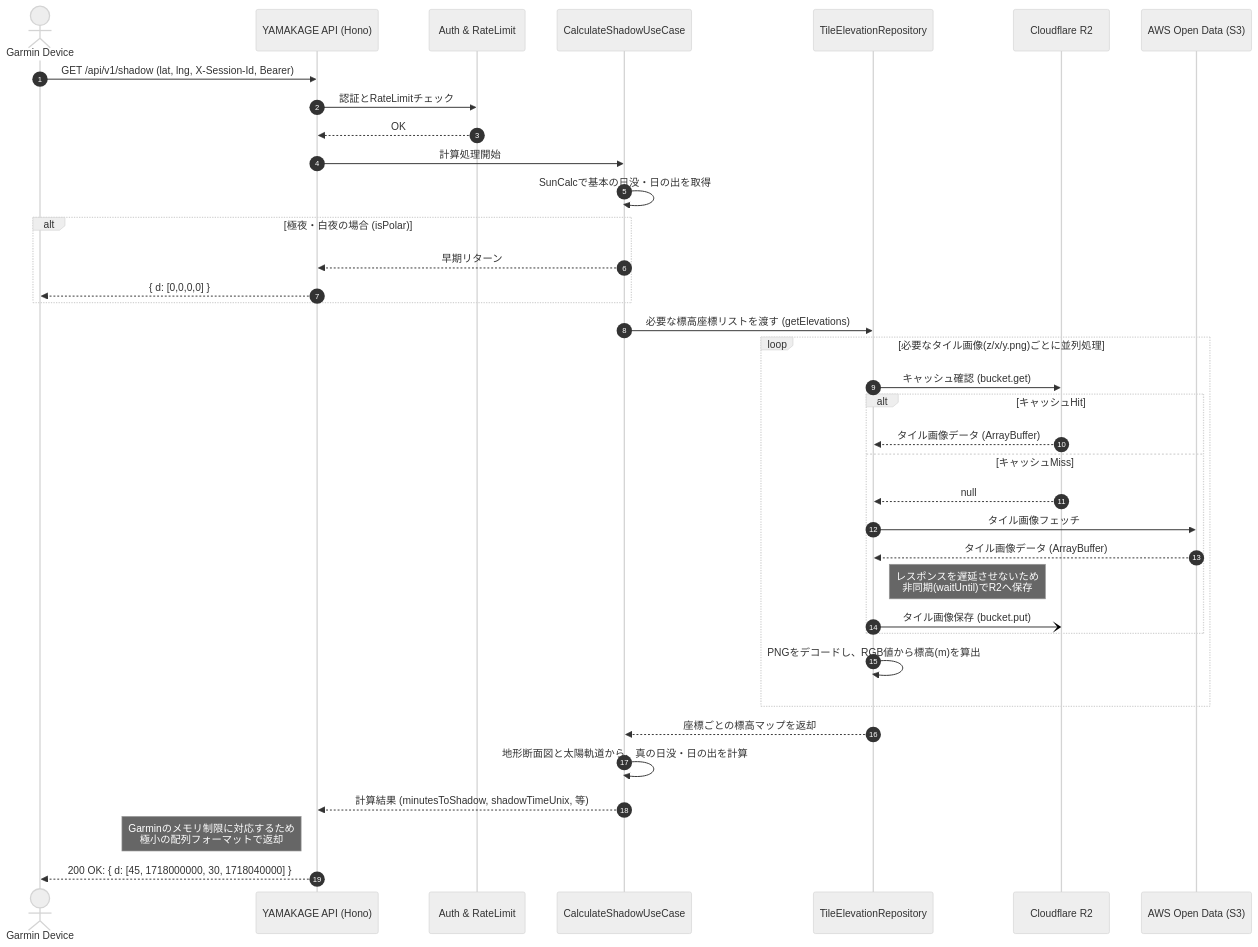
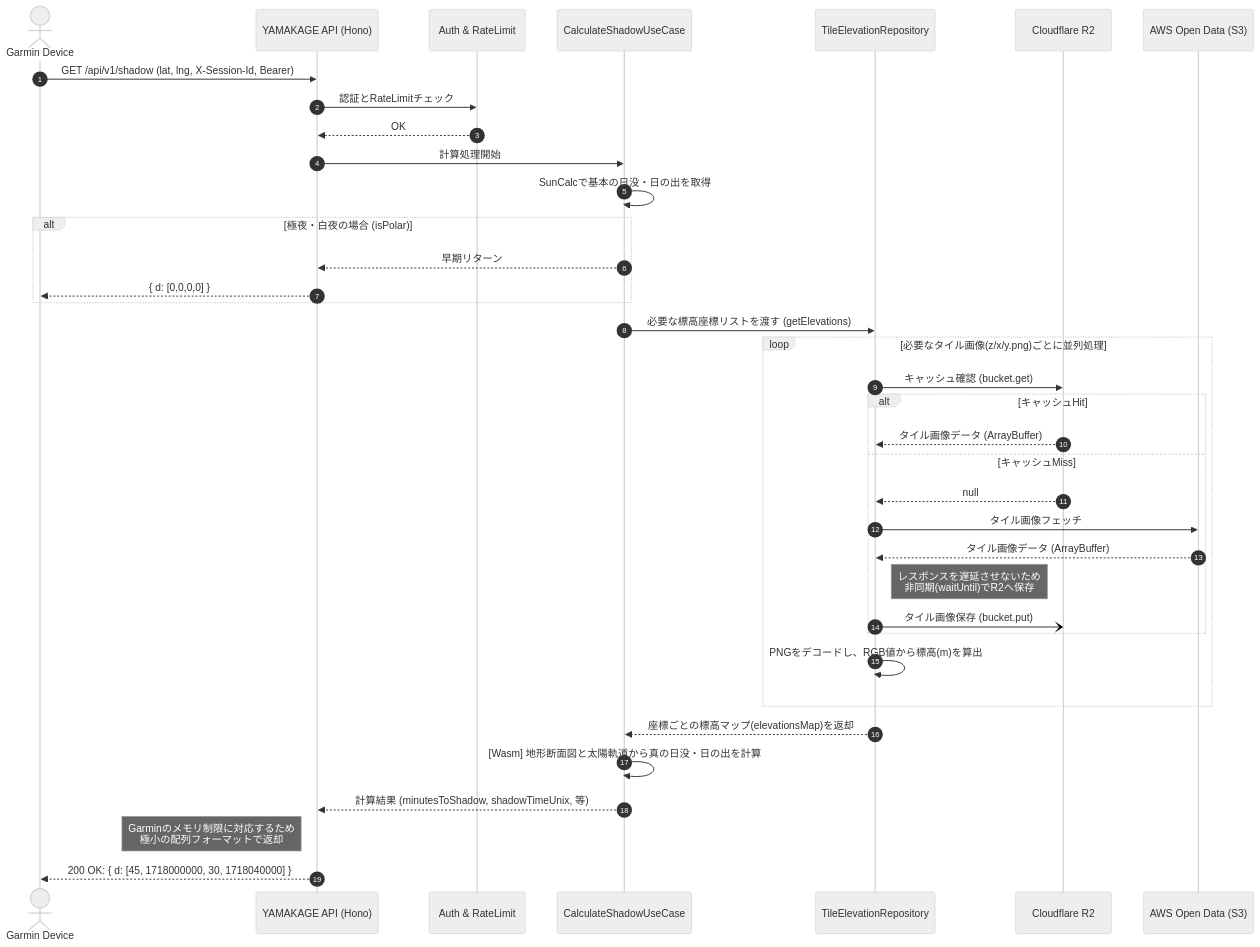
The first of 2 diagrams in docs/architecture/data-flow.jpn.md (tomopumipumi/yamakage), drawn with Mermaid (neutral theme) before and after one commit. The commit also changed other lines of this file and 7 other files, not shown here.

````diff
--- a/docs/architecture/data-flow.jpn.md
+++ b/docs/architecture/data-flow.jpn.md
@@ -4,51 +4,52 @@
 ```mermaid
 sequenceDiagram
     autonumber
     
     actor Garmin as Garmin Device
     participant API as YAMAKAGE API (Hono)
     participant Auth as Auth & RateLimit
     participant Usecase as CalculateShadowUseCase
     participant Repo as TileElevationRepository
     participant R2 as Cloudflare R2
     participant AWS as AWS Open Data (S3)
 
     Garmin->>API: GET /api/v1/shadow (lat, lng, X-Session-Id, Bearer)
     
     API->>Auth: 認証とRateLimitチェック
     Auth-->>API: OK
     
     API->>Usecase: 計算処理開始
     
     Usecase->>Usecase: SunCalcで基本の日没・日の出を取得
     alt 極夜・白夜の場合 (isPolar)
         Usecase-->>API: 早期リターン
         API-->>Garmin: { d: [0,0,0,0] }
     end
     
     Usecase->>Repo: 必要な標高座標リストを渡す (getElevations)
     
     loop 必要なタイル画像(z/x/y.png)ごとに並列処理
         Repo->>R2: キャッシュ確認 (bucket.get)
         alt キャッシュHit
             R2-->>Repo: タイル画像データ (ArrayBuffer)
         else キャッシュMiss
             R2-->>Repo: null
             Repo->>AWS: タイル画像フェッチ
             AWS-->>Repo: タイル画像データ (ArrayBuffer)
             
             note right of Repo: レスポンスを遅延させないため<br>非同期(waitUntil)でR2へ保存
             Repo-)R2: タイル画像保存 (bucket.put)
         end
         Repo->>Repo: PNGをデコードし、RGB値から標高(m)を算出
     end
     
-    Repo-->>Usecase: 座標ごとの標高マップを返却
+    Repo-->>Usecase: 座標ごとの標高マップ(elevationsMap)を返却
     
-    Usecase->>Usecase: 地形断面図と太陽軌道から、真の日没・日の出を計算
+    Usecase->>Usecase: [Wasm] 地形断面図と太陽軌道から真の日没・日の出を計算
     
     Usecase-->>API: 計算結果 (minutesToShadow, shadowTimeUnix, 等)
     
     note left of API: Garminのメモリ制限に対応するため<br>極小の配列フォーマットで返却
     API-->>Garmin: 200 OK: { d: [45, 1718000000, 30, 1718040000] }
+
 ```
````
